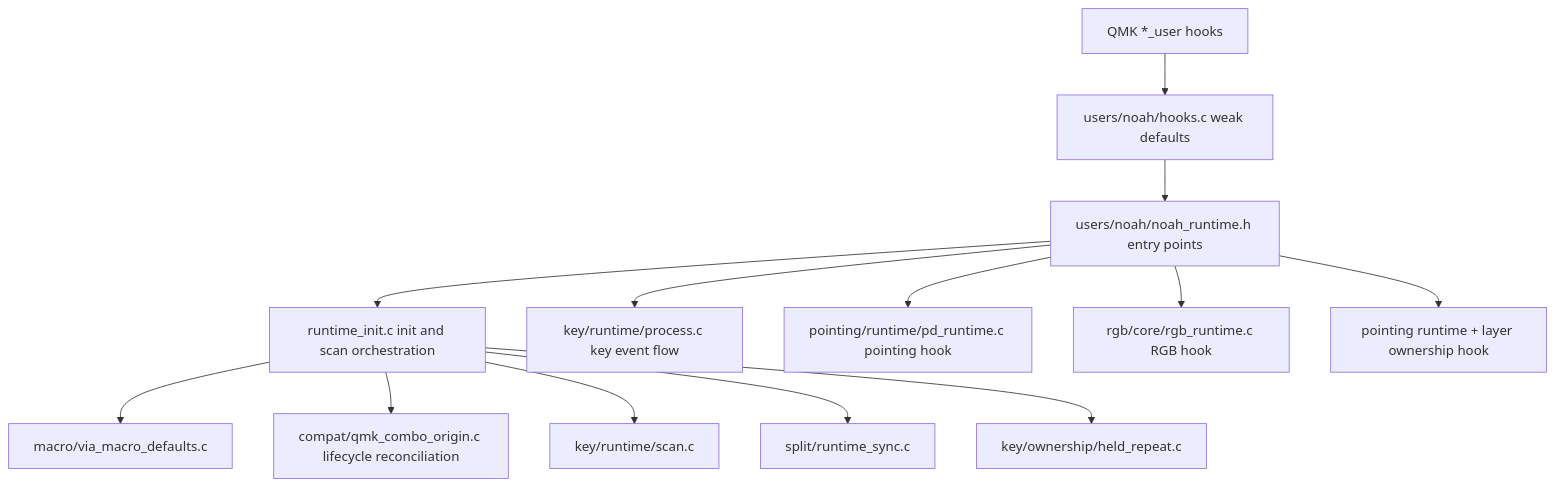
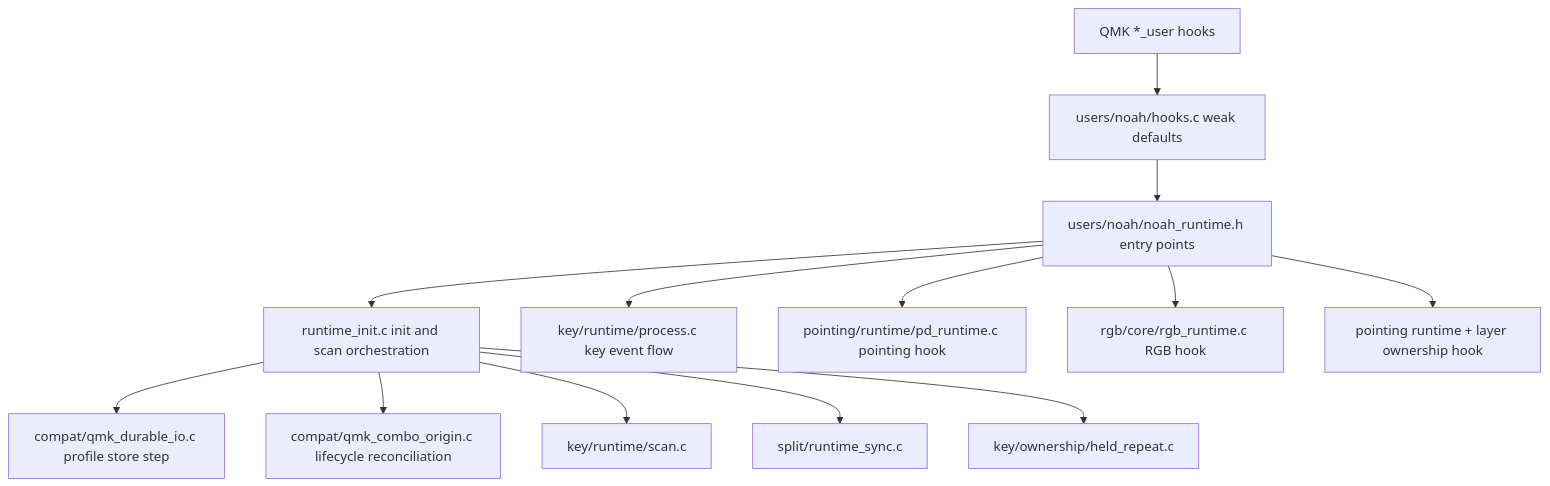
Before and after one commit to NoahCLR/charybdis-4x6: the first of 11 diagrams in docs/architecture/runtime-flow.md, drawn with Mermaid. The commit also changed other lines of this file and 198 other files, not shown here.

First line of the commit message:
Remove VIA from the firmware: one store, Raw HID of its own

````diff
--- a/docs/architecture/runtime-flow.md
+++ b/docs/architecture/runtime-flow.md
@@ -13,15 +13,15 @@
 ```mermaid
 flowchart TD
     qmk["QMK *_user hooks"] --> weak["users/noah/hooks.c weak defaults"]
     weak --> runtime["users/noah/noah_runtime.h entry points"]
     runtime --> init["runtime_init.c init and scan orchestration"]
     runtime --> process["key/runtime/process.c key event flow"]
     runtime --> pointing["pointing/runtime/pd_runtime.c pointing hook"]
     runtime --> rgb["rgb/core/rgb_runtime.c RGB hook"]
     runtime --> layer["pointing runtime + layer ownership hook"]
-    init --> via_defaults["macro/via_macro_defaults.c"]
+    init --> durable_io["compat/qmk_durable_io.c profile store step"]
     init --> combo_scan["compat/qmk_combo_origin.c lifecycle reconciliation"]
     init --> key_scan["key/runtime/scan.c"]
     init --> split_sync["split/runtime_sync.c"]
     init --> held_repeat["key/ownership/held_repeat.c"]
 ```
````
